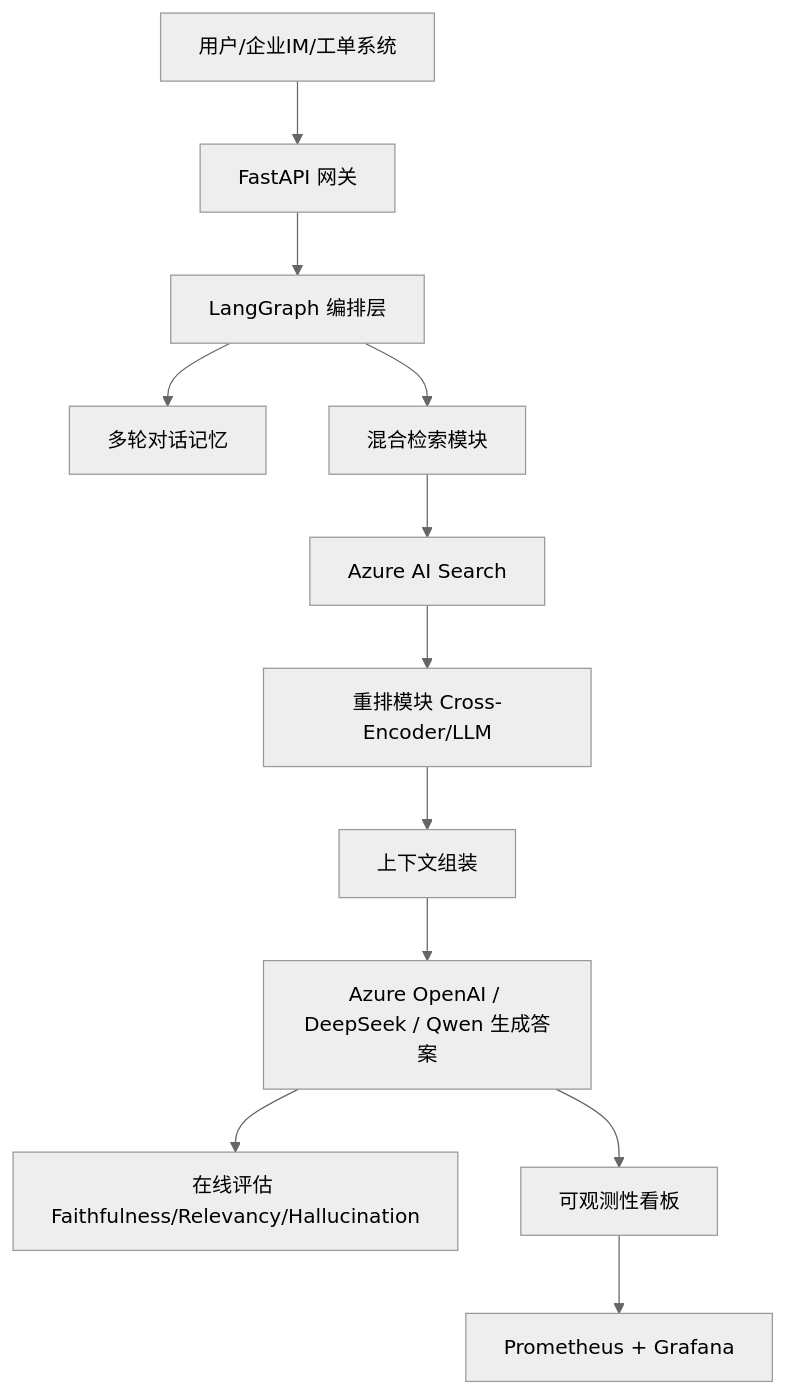
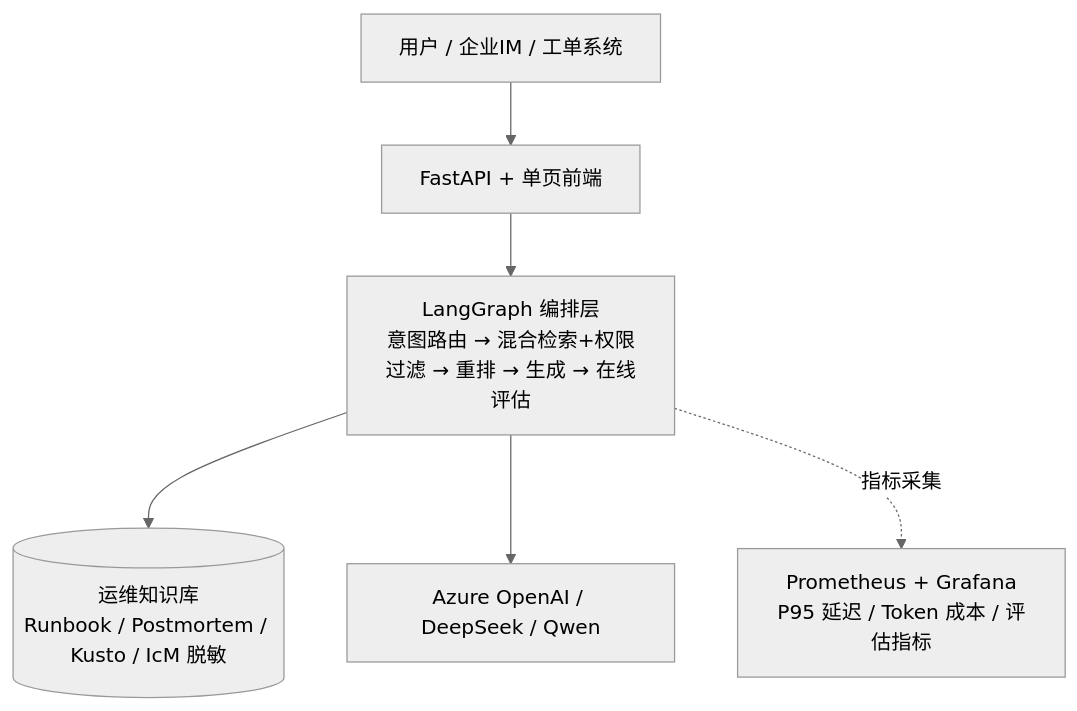
Before and after one commit to RebeccaZhou88/oceadvance-rag: the first of 2 diagrams in README.md, drawn with Mermaid (neutral theme). The commit also changed other lines of this file and 8 other files, not shown here.

First line of the commit message:
fix: 修复 /config 500 与启动警告, 简化 README 架构图

````diff
--- a/README.md
+++ b/README.md
@@ -21,14 +31,8 @@
 ```mermaid
 flowchart TD
-    User[用户/企业IM/工单系统] --> API[FastAPI 网关]
-    API --> LG[LangGraph 编排层]
-    LG --> Memory[多轮对话记忆]
-    LG --> Retriever[混合检索模块]
-    Retriever --> Search[Azure AI Search]
-    Search --> Rerank[重排模块 Cross-Encoder/LLM]
-    Rerank --> Context[上下文组装]
-    Context --> LLM[Azure OpenAI / DeepSeek / Qwen 生成答案]
-    LLM --> Eval[在线评估 Faithfulness/Relevancy/Hallucination]
-    LLM --> Obs[可观测性看板]
-    Obs --> Prometheus[Prometheus + Grafana]
+    User["用户 / 企业IM / 工单系统"] --> API["FastAPI + 单页前端"]
+    API --> LG["LangGraph 编排层<br/>意图路由 → 混合检索+权限过滤 → 重排 → 生成 → 在线评估"]
+    LG --> KB[("运维知识库<br/>Runbook / Postmortem / Kusto / IcM 脱敏")]
+    LG --> LLM["Azure OpenAI / DeepSeek / Qwen"]
+    LG -. 指标采集 .-> Obs["Prometheus + Grafana<br/>P95 延迟 / Token 成本 / 评估指标"]
 ```
````
